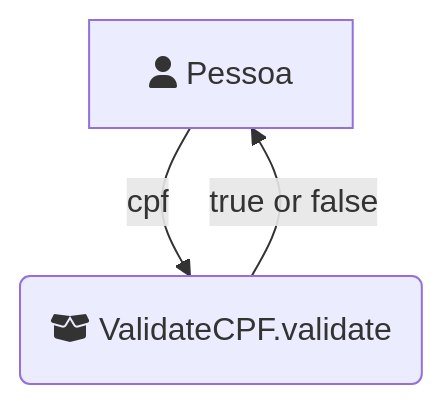
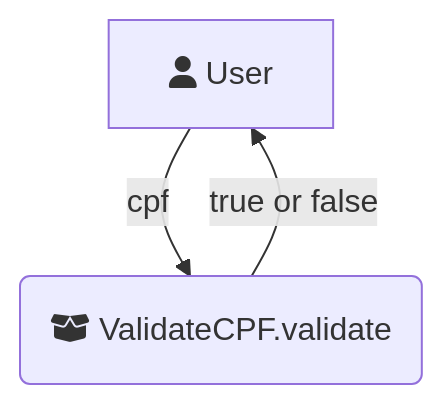
The diagram in ValidateCPF/validate-cpf-use-case.uml.mermaid (RenatoGarciaLopes/JavaIradoNoTxt), drawn with Mermaid before and after one commit. The commit also changed 26 other files, not shown here.

```diff
--- a/ValidateCPF/validate-cpf-use-case.uml.mermaid
+++ b/ValidateCPF/validate-cpf-use-case.uml.mermaid
@@ -1,6 +1,6 @@
 flowchart TD
-    A[fa:fa-user Pessoa]
+    A[fa:fa-user User]
     B(fa:fa-box-open ValidateCPF.validate)
 
     A -->| cpf | B
     B -->| true or false | A
```
